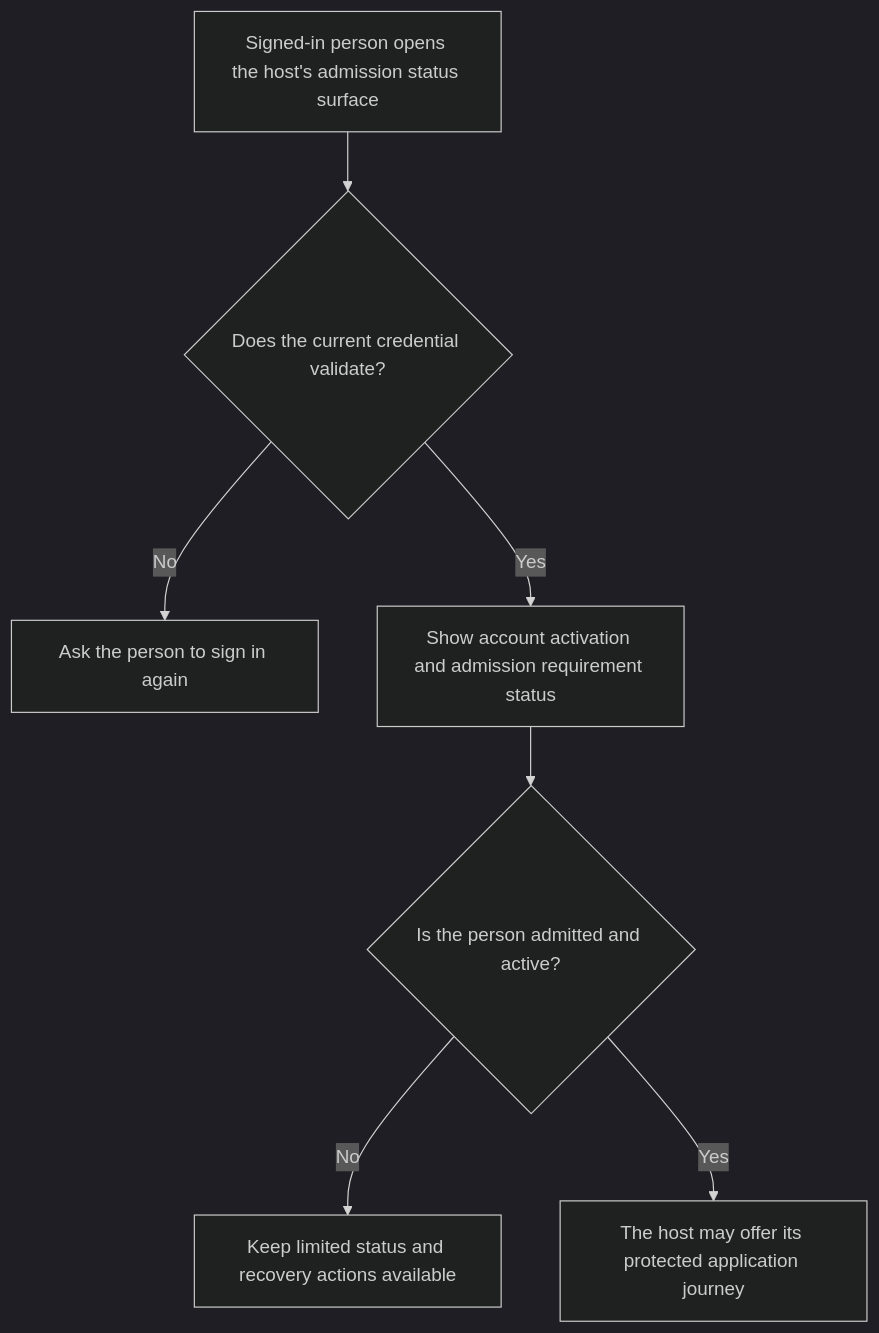
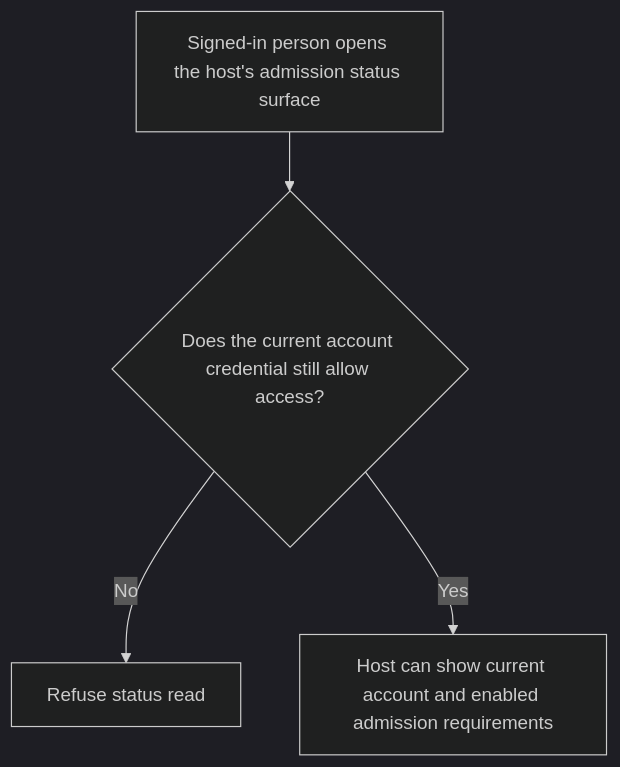
The first of 2 diagrams in user-stories/US-ACCOUNT-56-read-current-admission-status.md (Kevinjohn/oss-adonisjs-account-kit), drawn with Mermaid (dark theme) before and after one commit. The commit also changed other lines of this file and 70 other files, not shown here.

````diff
--- a/user-stories/US-ACCOUNT-56-read-current-admission-status.md
+++ b/user-stories/US-ACCOUNT-56-read-current-admission-status.md
@@ -19,9 +19,6 @@
 ```mermaid
 flowchart TD
- A["Signed-in person opens the host's admission status surface"] --> B{"Does the current credential validate?"}
- B -->|No| C["Ask the person to sign in again"]
- B -->|Yes| D["Show account activation and admission requirement status"]
- D --> E{"Is the person admitted and active?"}
- E -->|No| F["Keep limited status and recovery actions available"]
- E -->|Yes| G["The host may offer its protected application journey"]
+ A["Signed-in person opens the host's admission status surface"] --> B{"Does the current account credential still allow access?"}
+ B -->|No| C["Refuse status read"]
+ B -->|Yes| D["Host can show current account and enabled admission requirements"]
 ```
````
